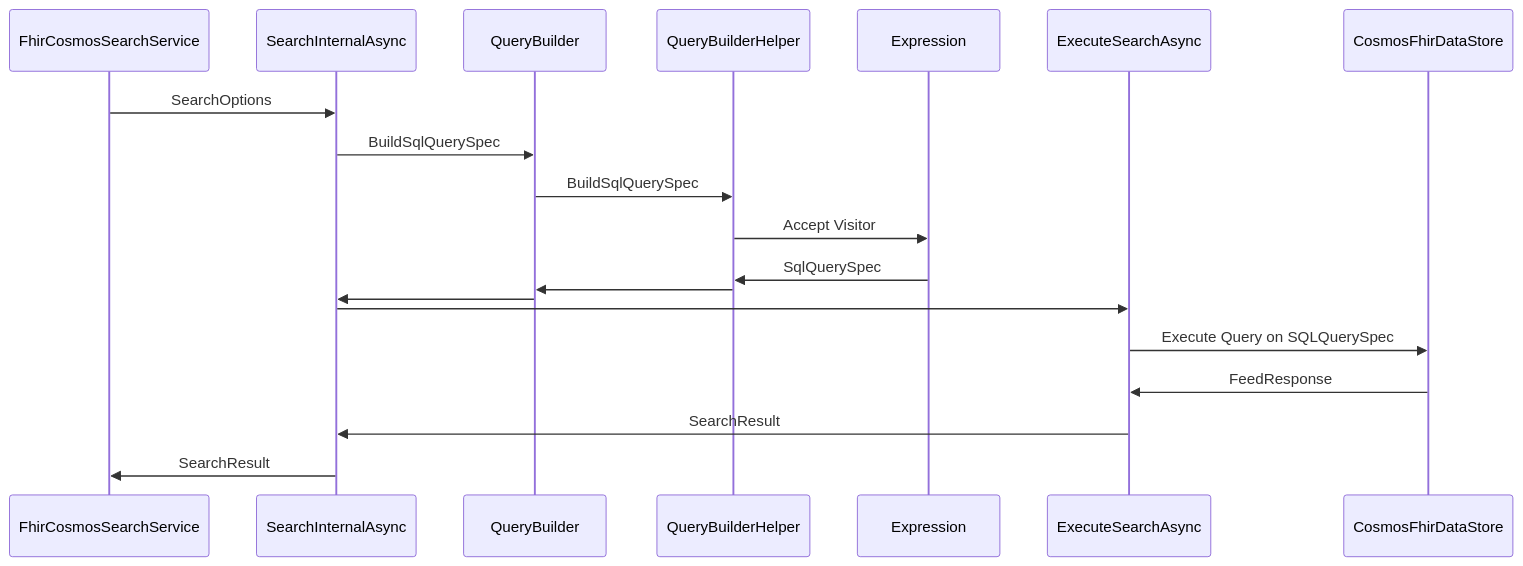
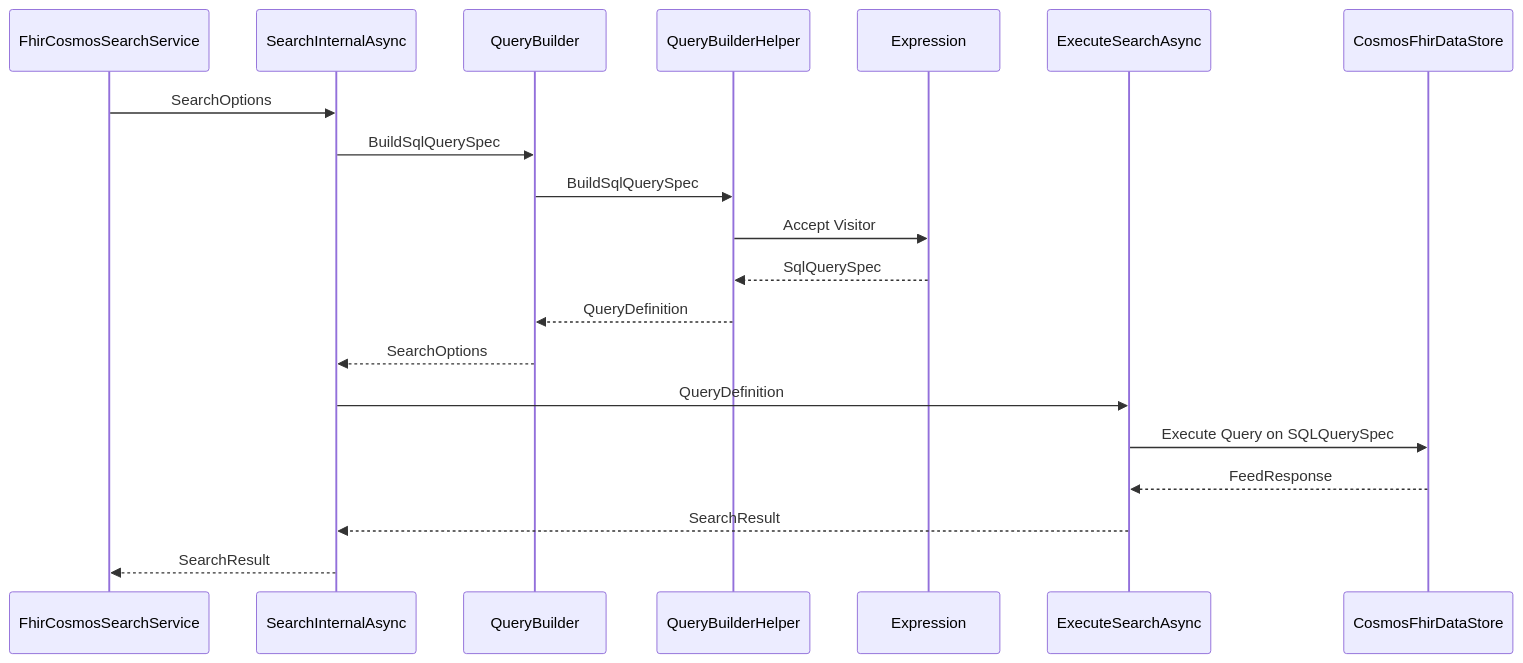
The diagram in docs/flow diagrams/search-cosmos-db.md (microsoft/fhir-server), drawn with Mermaid before and after one commit. The commit also changed 3 other files, not shown here.

Commit message:
Add comments for the sequences

````diff
--- a/docs/flow diagrams/search-cosmos-db.md
+++ b/docs/flow diagrams/search-cosmos-db.md
@@ -1,15 +1,15 @@
 ```mermaid
 sequenceDiagram
     FhirCosmosSearchService->>SearchInternalAsync: SearchOptions
     SearchInternalAsync->>QueryBuilder: BuildSqlQuerySpec
     QueryBuilder->>QueryBuilderHelper: BuildSqlQuerySpec
     QueryBuilderHelper->>Expression: Accept Visitor
-    Expression->>QueryBuilderHelper: SqlQuerySpec
-    QueryBuilderHelper->>QueryBuilder:
-    QueryBuilder->>SearchInternalAsync:
-    SearchInternalAsync->>ExecuteSearchAsync:
+    Expression-->>QueryBuilderHelper: SqlQuerySpec
+    QueryBuilderHelper-->>QueryBuilder: QueryDefinition
+    QueryBuilder-->>SearchInternalAsync: SearchOptions
+    SearchInternalAsync->>ExecuteSearchAsync: QueryDefinition
     ExecuteSearchAsync->>CosmosFhirDataStore: Execute Query on SQLQuerySpec
-    CosmosFhirDataStore->>ExecuteSearchAsync: FeedResponse
-    ExecuteSearchAsync->>SearchInternalAsync: SearchResult
-    SearchInternalAsync->>FhirCosmosSearchService: SearchResult
+    CosmosFhirDataStore-->>ExecuteSearchAsync: FeedResponse
+    ExecuteSearchAsync-->>SearchInternalAsync: SearchResult
+    SearchInternalAsync-->>FhirCosmosSearchService: SearchResult
 ```
````
